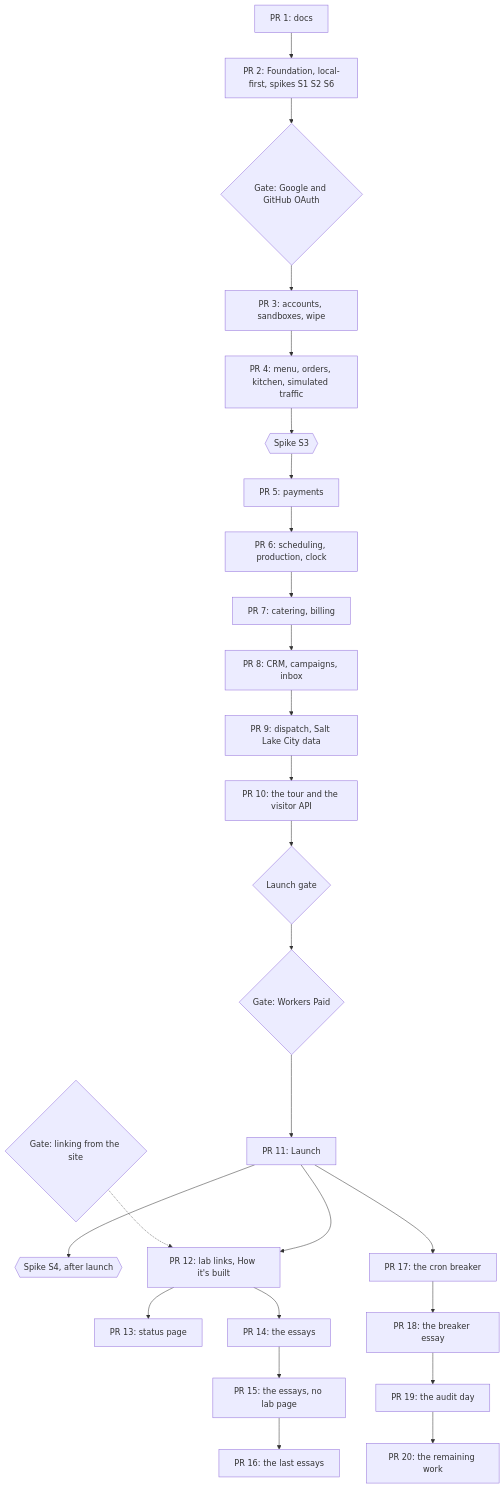
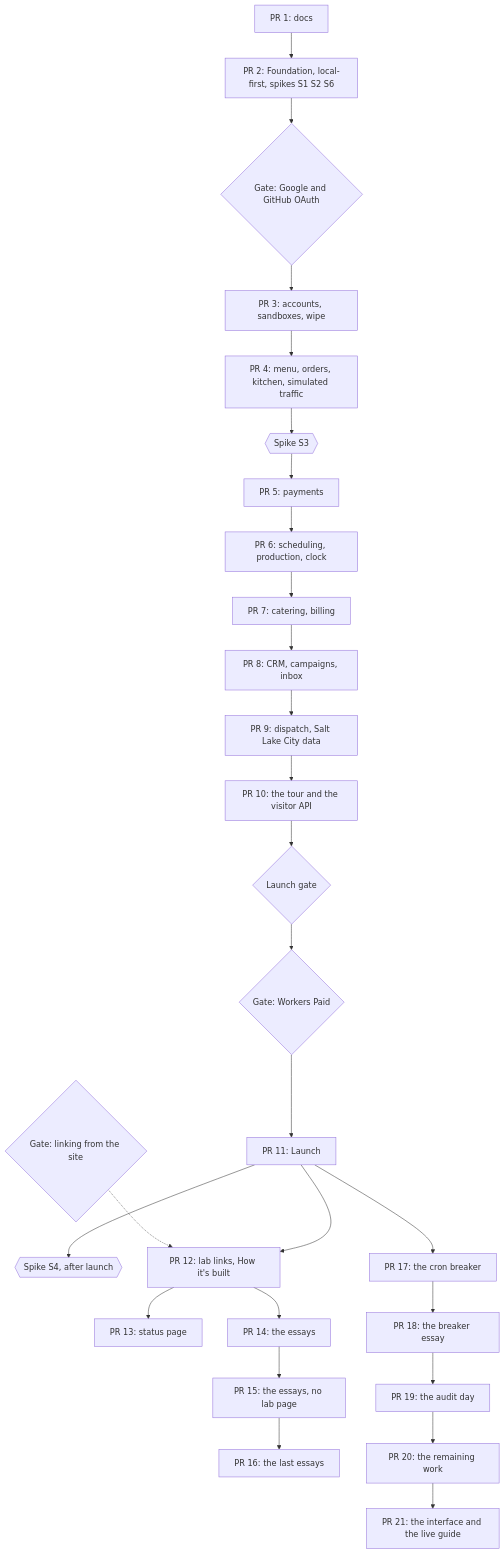
One commit to IHaveASegway/bakery changed the diagram in docs/roadmap.md. Above: the diagram before and after it, drawn with Mermaid. The commit also changed other lines of this file, not shown here.

First line of the commit message:
Plan PR 21, the interface and the live guide

````diff
--- a/docs/roadmap.md
+++ b/docs/roadmap.md
@@ -75,16 +76,17 @@
 ```mermaid
 flowchart TB
   P1["PR 1: docs"] --> P2["PR 2: Foundation, local-first, spikes S1 S2 S6"]
   P2 --> OG{"Gate: Google and GitHub OAuth"} --> P3["PR 3: accounts, sandboxes, wipe"] --> P4["PR 4: menu, orders, kitchen, simulated traffic"]
   P4 --> S3{{"Spike S3"}} --> P5["PR 5: payments"]
   P5 --> P6["PR 6: scheduling, production, clock"] --> P7["PR 7: catering, billing"] --> P8["PR 8: CRM, campaigns, inbox"] --> P9["PR 9: dispatch, Salt Lake City data"]
   P9 --> P10["PR 10: the tour and the visitor API"]
   P10 --> LG{"Launch gate"} --> WP{"Gate: Workers Paid"} --> P11["PR 11: Launch"]
   P11 --> S4{{"Spike S4, after launch"}}
   LG2{"Gate: linking from the site"} -.-> P12
   P11 --> P12["PR 12: lab links, How it's built"] --> P13["PR 13: status page"]
   P12 --> P14["PR 14: the essays"] --> P15["PR 15: the essays, no lab page"] --> P16["PR 16: the last essays"]
   P11 --> P17["PR 17: the cron breaker"] --> P18["PR 18: the breaker essay"]
   P18 --> P19["PR 19: the audit day"]
   P19 --> P20["PR 20: the remaining work"]
+  P20 --> P21["PR 21: the interface and the live guide"]
 ```
````
